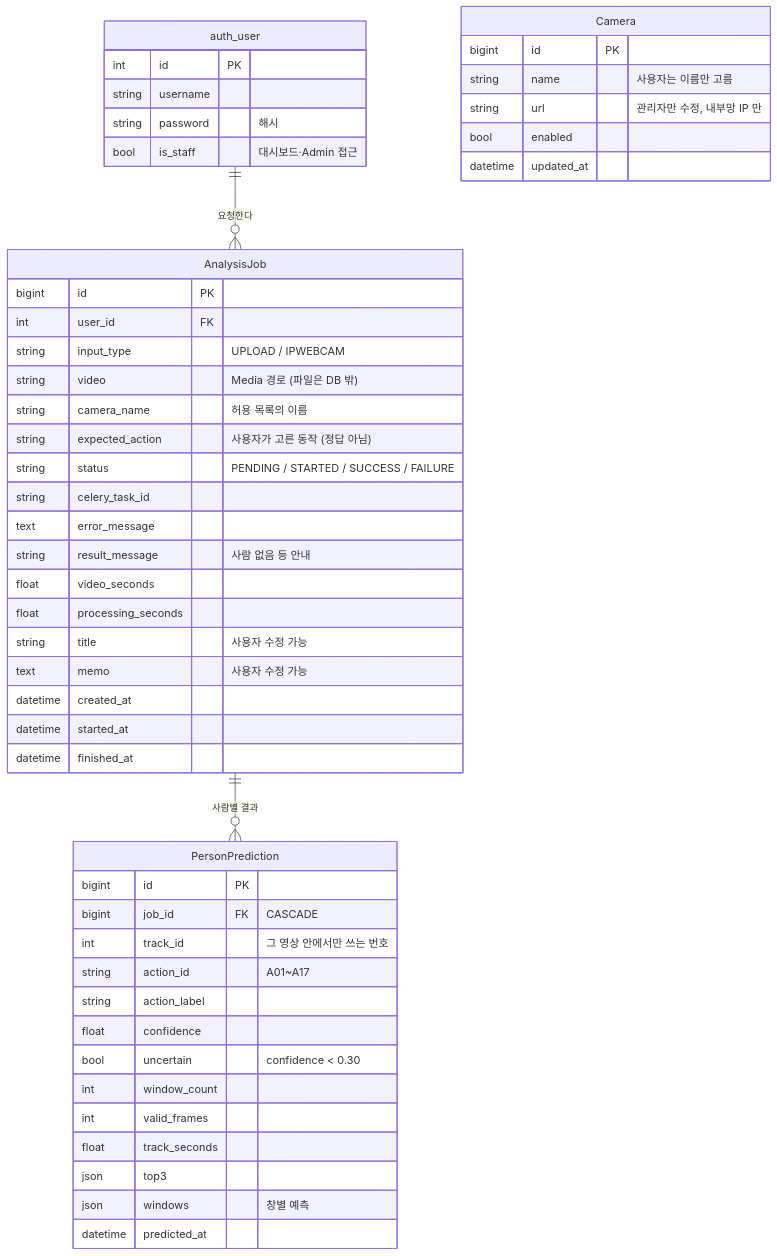
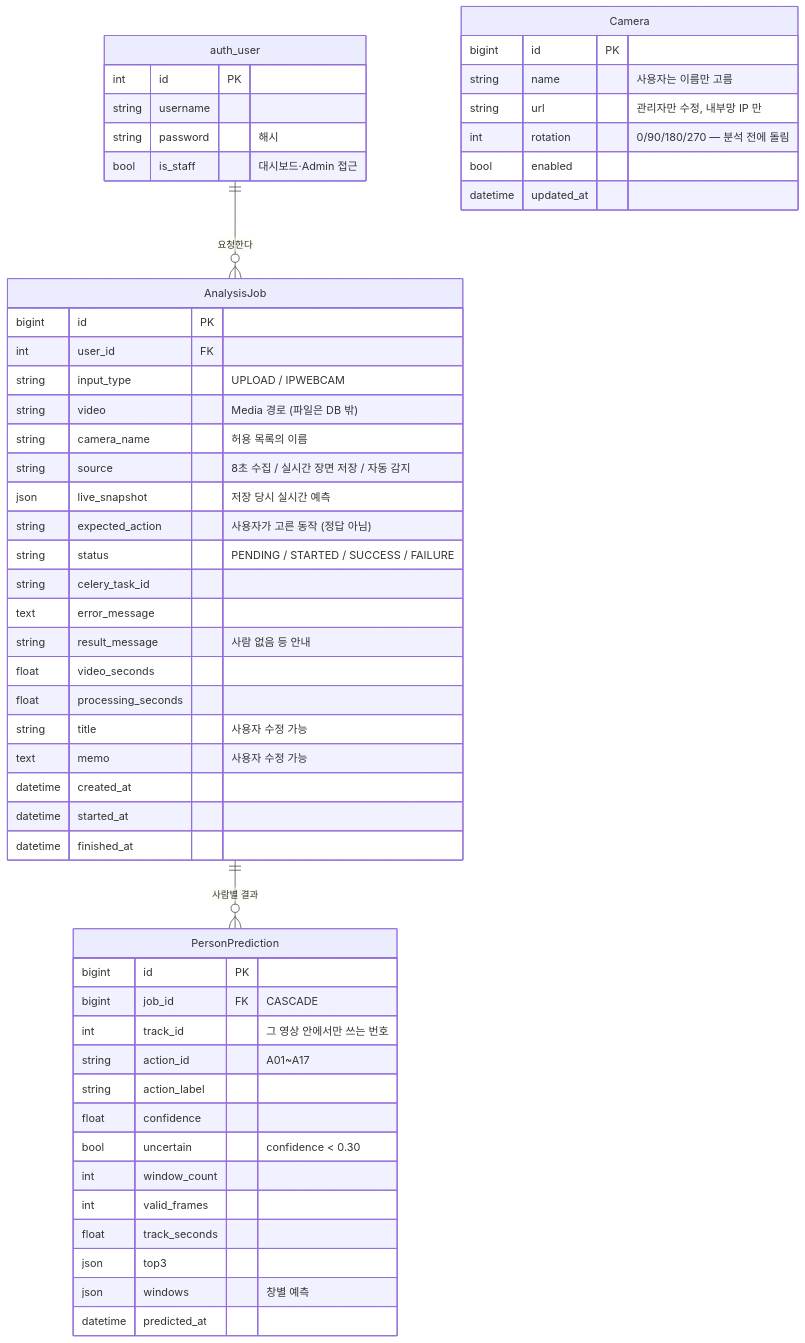
One commit to wlgptjd333/store-anomaly-service changed the second of 3 diagrams in README.md. Above: the diagram before and after it, drawn with Mermaid. The commit also changed other lines of this file and 19 other files, not shown here.

````diff
--- a/README.md
+++ b/README.md
@@ -113,53 +114,56 @@
 ```mermaid
 erDiagram
     auth_user ||--o{ AnalysisJob : "요청한다"
     AnalysisJob ||--o{ PersonPrediction : "사람별 결과"
 
     auth_user {
         int id PK
         string username
         string password "해시"
         bool is_staff "대시보드·Admin 접근"
     }
     AnalysisJob {
         bigint id PK
         int user_id FK
         string input_type "UPLOAD / IPWEBCAM"
         string video "Media 경로 (파일은 DB 밖)"
         string camera_name "허용 목록의 이름"
+        string source "8초 수집 / 실시간 장면 저장 / 자동 감지"
+        json live_snapshot "저장 당시 실시간 예측"
         string expected_action "사용자가 고른 동작 (정답 아님)"
         string status "PENDING / STARTED / SUCCESS / FAILURE"
         string celery_task_id
         text error_message
         string result_message "사람 없음 등 안내"
         float video_seconds
         float processing_seconds
         string title "사용자 수정 가능"
         text memo "사용자 수정 가능"
         datetime created_at
         datetime started_at
         datetime finished_at
     }
     PersonPrediction {
         bigint id PK
         bigint job_id FK "CASCADE"
         int track_id "그 영상 안에서만 쓰는 번호"
         string action_id "A01~A17"
         string action_label
         float confidence
         bool uncertain "confidence < 0.30"
         int window_count
         int valid_frames
         float track_seconds
         json top3
         json windows "창별 예측"
         datetime predicted_at
     }
     Camera {
         bigint id PK
         string name "사용자는 이름만 고름"
         string url "관리자만 수정, 내부망 IP 만"
+        int rotation "0/90/180/270 — 분석 전에 돌림"
         bool enabled
         datetime updated_at
     }
 ```
````
